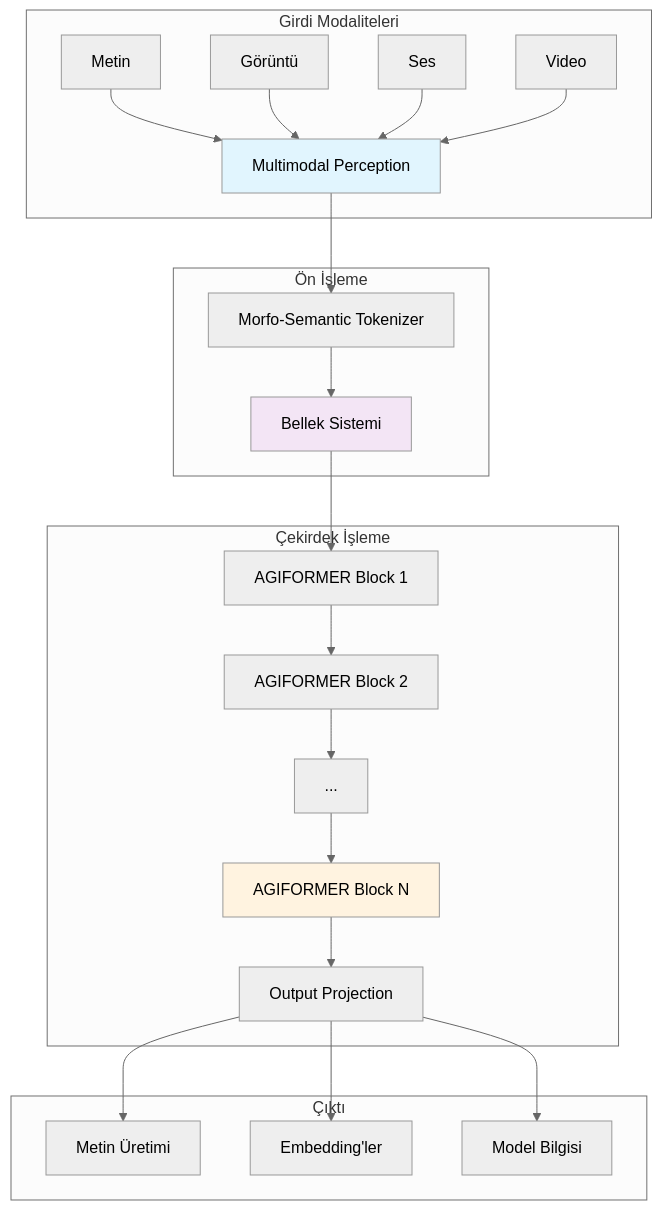
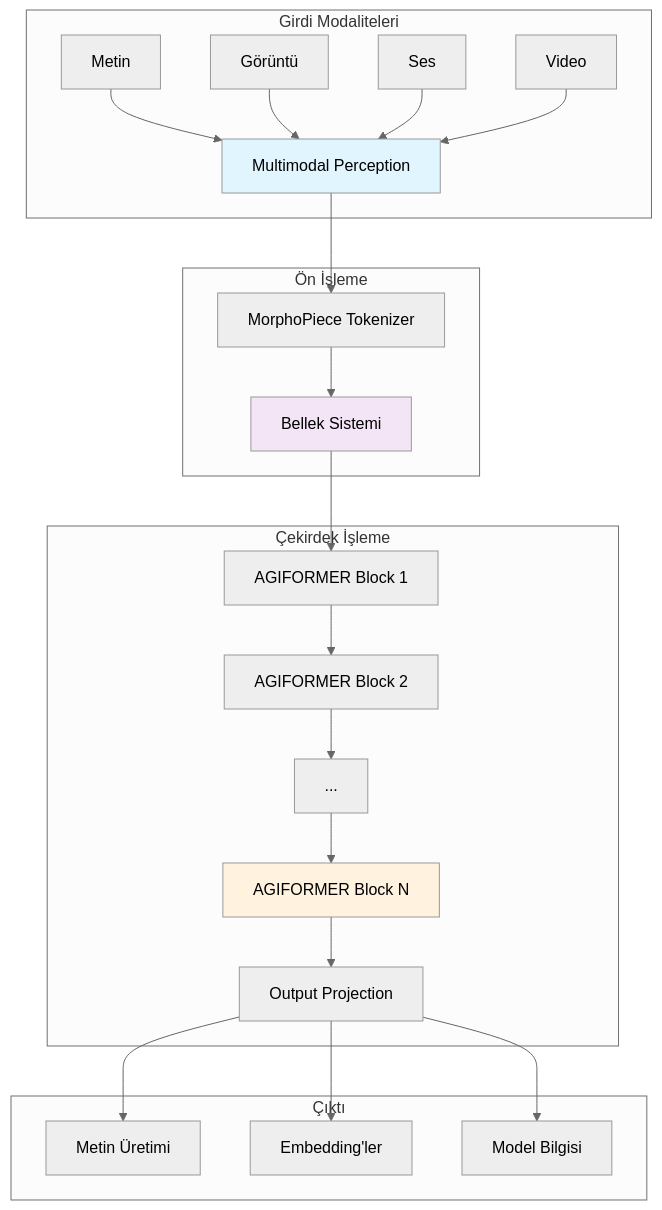
The first of 9 diagrams in AGIFORMER_ARCHITECTURE_DIAGRAMS.md (inkbytefo/agiformer_a), drawn with Mermaid (neutral theme) before and after one commit. The commit also changed other lines of this file and 35 other files, not shown here.

First line of the commit message:
feat: Add MorphoPiece tokenizer training script and pytest fixtures

````diff
--- a/AGIFORMER_ARCHITECTURE_DIAGRAMS.md
+++ b/AGIFORMER_ARCHITECTURE_DIAGRAMS.md
@@ -5,32 +5,32 @@
 ```mermaid
 graph TB
     subgraph "Girdi Modaliteleri"
         A[Metin] --> E[Multimodal Perception]
         B[Görüntü] --> E
         C[Ses] --> E
         D[Video] --> E
     end
     
     subgraph "Ön İşleme"
-        E --> F[Morfo-Semantic Tokenizer]
+        E --> F[MorphoPiece Tokenizer]
         F --> G[Bellek Sistemi]
     end
     
     subgraph "Çekirdek İşleme"
         G --> H[AGIFORMER Block 1]
         H --> I[AGIFORMER Block 2]
         I --> J[...]
         J --> K[AGIFORMER Block N]
         K --> L[Output Projection]
     end
     
     subgraph "Çıktı"
         L --> M[Metin Üretimi]
         L --> N[Embedding'ler]
         L --> O[Model Bilgisi]
     end
     
     style E fill:#e1f5fe
     style G fill:#f3e5f5
     style K fill:#fff3e0
 ```
````
